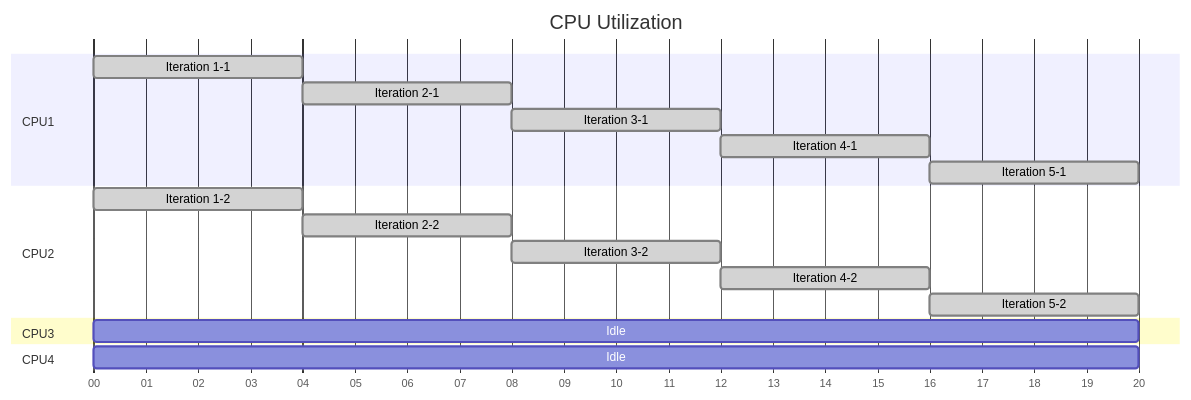
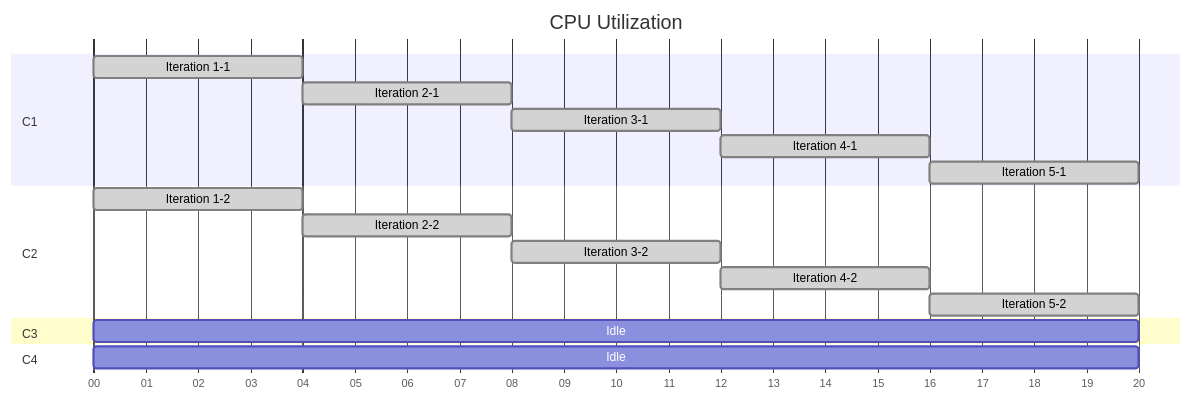
The second of 2 diagrams in book/chapters/chapter10/advanced_technical_aspects_of_mlr3.qmd (mlr-org/mlr3book), drawn with Mermaid before and after one commit. The commit also changed other lines of this file, not shown here.

````diff
--- a/book/chapters/chapter10/advanced_technical_aspects_of_mlr3.qmd
+++ b/book/chapters/chapter10/advanced_technical_aspects_of_mlr3.qmd
@@ -333,29 +410,30 @@
 ```{mermaid}
 %%| fig-width: 6.5
 %%| fig-responsive: false
 %%| label: fig-parallel-inner
-%%| fig-cap: CPU utilization for four CPUs while parallelizing the inner two-fold CV with a sequential five-fold CV outside. Jobs are labeled as [iteration outer]-[iteration inner].
+%%| fig-cap: CPU utilization for four cores while parallelizing the inner benchmarking (consisting of two holdout evaluations) with a sequential five-fold CV outside. Jobs are labeled as [iteration outer]-[iteration inner].
+%%| fig-alt: A diagram visualizing the utilization of four different cores (on the y axis). The x axis represents the time. C1 and C2 are each running five evaluations from the inner benchmark and are therefore utilized for 20 seconds. C3 and C4 are idling during the whole computation.
 gantt
     title CPU Utilization
     dateFormat  s
     axisFormat %S
-    section CPU1
+    section C1
     Iteration 1-1           :done, 0, 4s
     Iteration 2-1           :done, 4, 4s
     Iteration 3-1           :done, 8, 4s
     Iteration 4-1           :done, 12, 4s
     Iteration 5-1           :done, 16, 4s
 
-    section CPU2
+    section C2
     Iteration 1-2           :done, 0, 4s
     Iteration 2-2           :done, 4, 4s
     Iteration 3-2           :done, 8, 4s
     Iteration 4-2           :done, 12, 4s
     Iteration 5-2           :done, 16, 4s
 
-    section CPU3
+    section C3
     Idle                    :0, 20s
 
-    section CPU4
+    section C4
     Idle                    :0, 20s
 ```
````
